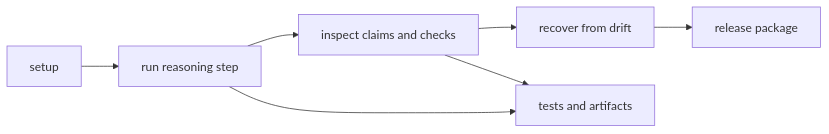
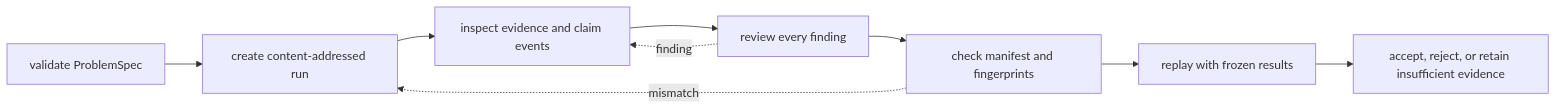
The diagram in docs/04-bijux-canon-reason/operations/index.md (bijux/bijux-canon), drawn with Mermaid before and after one commit. The commit also changed other lines of this file and 3 other files, not shown here.

Commit message:
docs(reason): trace claims through verification evidence

````diff
--- a/docs/04-bijux-canon-reason/operations/index.md
+++ b/docs/04-bijux-canon-reason/operations/index.md
@@ -16,13 +19,14 @@
 ```mermaid
 flowchart LR
-    setup["setup"]
-    run["run reasoning step"]
-    inspect["inspect claims and checks"]
-    recover["recover from drift"]
-    release["release package"]
-    proof["tests and artifacts"]
+    spec["validate ProblemSpec"]
+    run["create content-addressed run"]
+    trace["inspect evidence and claim events"]
+    verify["review every finding"]
+    integrity["check manifest and fingerprints"]
+    replay["replay with frozen results"]
+    accept["accept, reject, or retain insufficient evidence"]
 
-    setup --> run --> inspect --> recover --> release
-    run --> proof
-    inspect --> proof
+    spec --> run --> trace --> verify --> integrity --> replay --> accept
+    verify -. finding .-> trace
+    integrity -. mismatch .-> run
 ```
````
